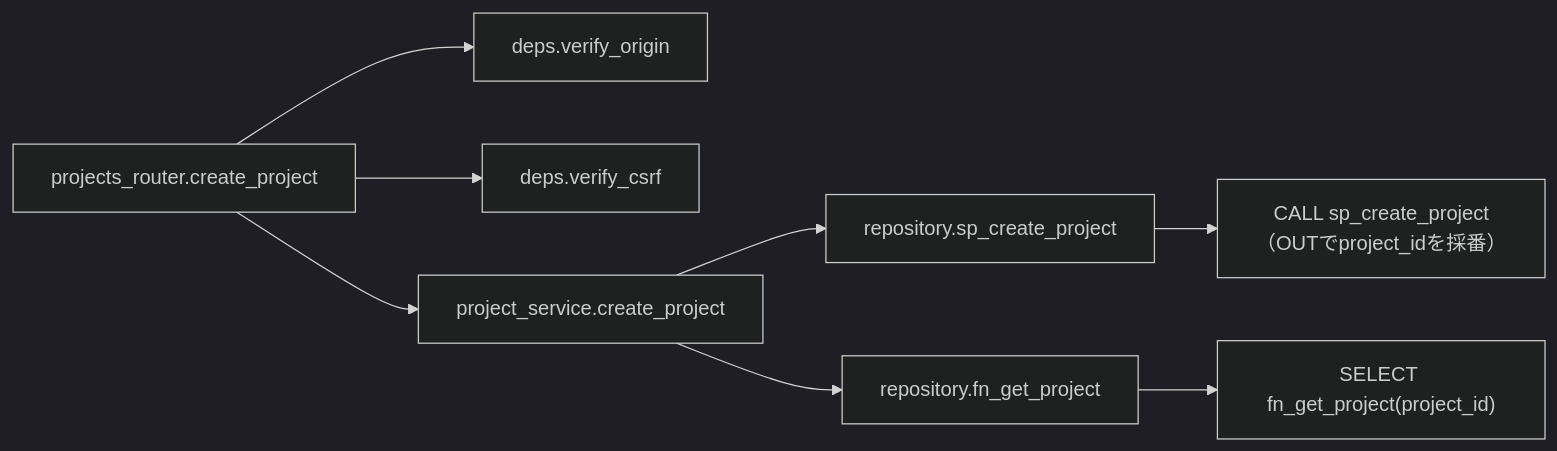
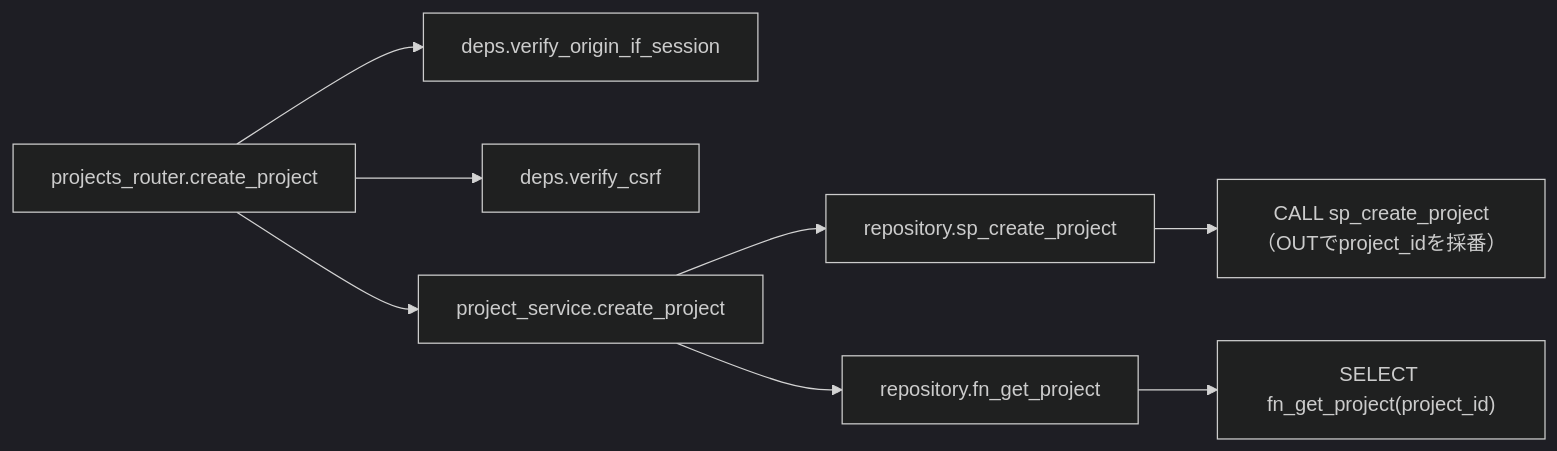
Before and after one commit to oikawa-d/task_management: the third of 4 diagrams in docs/detailed_design/api/projects/02_post_projects.md, drawn with Mermaid (dark theme). The commit also changed other lines of this file and 31 other files, not shown here.

````diff
--- a/docs/detailed_design/api/projects/02_post_projects.md
+++ b/docs/detailed_design/api/projects/02_post_projects.md
@@ -200,10 +200,10 @@
 ```mermaid
 flowchart LR
-    R["projects_router.create_project"] --> D1["deps.verify_origin"]
+    R["projects_router.create_project"] --> D1["deps.verify_origin_if_session"]
     R --> D2["deps.verify_csrf"]
     R --> S["project_service.create_project"]
     S --> RP1["repository.sp_create_project"]
     RP1 --> SP["CALL sp_create_project（OUTでproject_idを採番）"]
     S --> RP2["repository.fn_get_project"]
     RP2 --> FN["SELECT fn_get_project(project_id)"]
 ```
````
